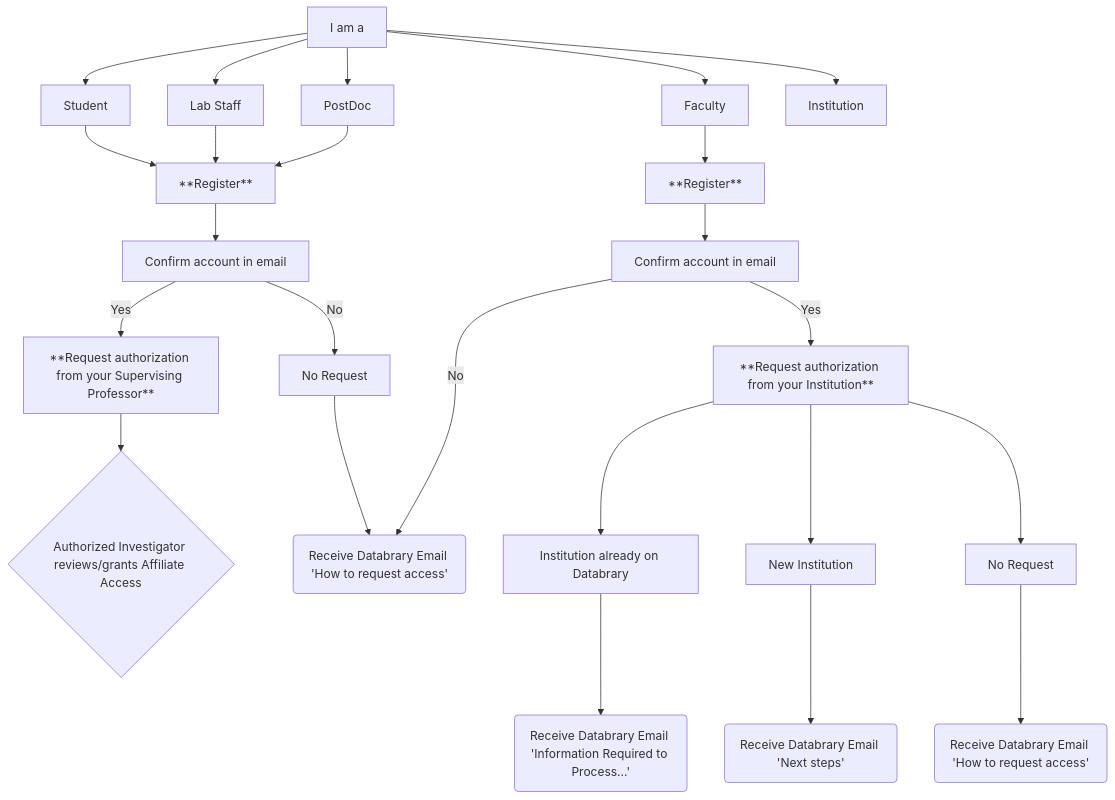
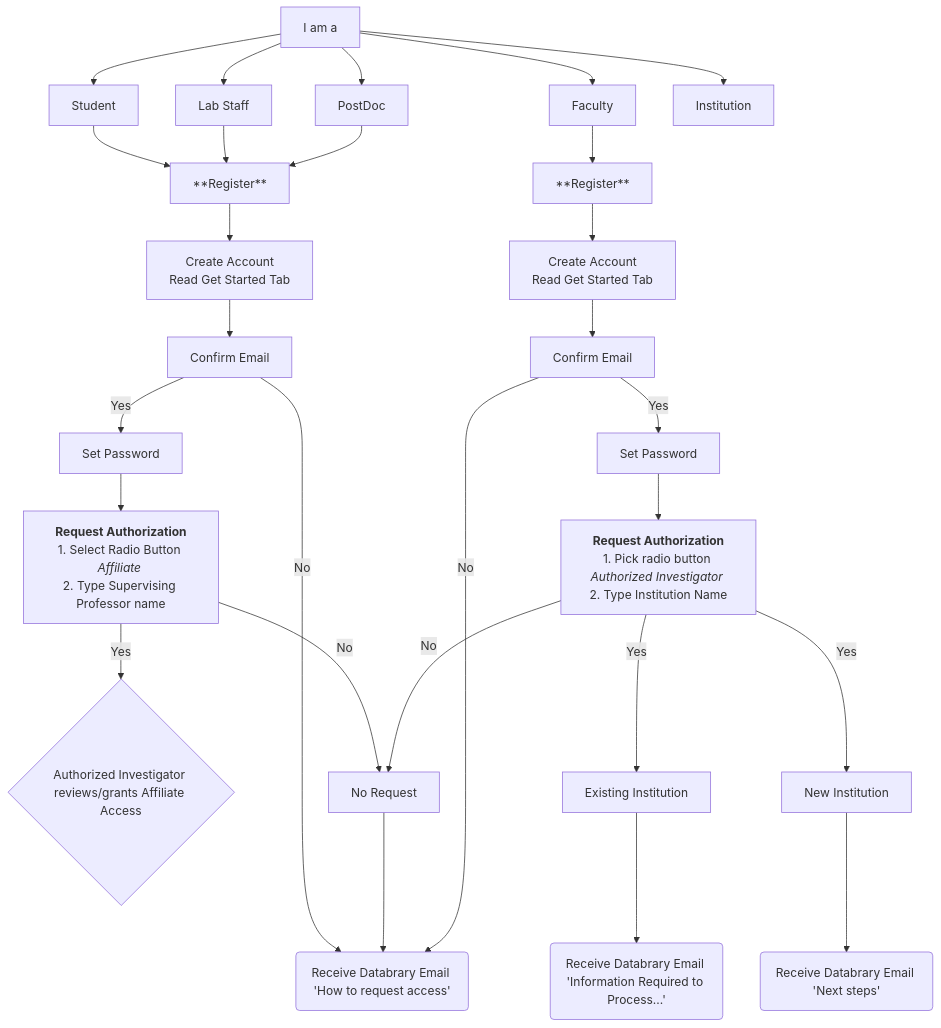
The first of 2 diagrams in src/admin/flowcharts.qmd (databrary/guide), drawn with Mermaid before and after one commit. The commit also changed other lines of this file and 1 other file, not shown here.

Commit message:
update flowchart

````diff
--- a/src/admin/flowcharts.qmd
+++ b/src/admin/flowcharts.qmd
@@ -8,26 +8,33 @@
 ```{mermaid}
 flowchart
-  A[I am a] --> B[Student] --> J[**Register**] --> L[Confirm account in email] -- Yes --> Z[**Request authorization from your Supervising Professor**] --> T{Authorized Investigator reviews/grants Affiliate Access}
+  A[I am a] --> B[Student] --> J[**Register**] --> V[Create Account
+  Read Get Started Tab] --> L[Confirm Email] -- Yes --> W[Set Password] 
+  W --> Z["`**Request Authorization**
+            1. Select Radio Button _Affiliate_ 
+            2. Type Supervising Professor name`"] -- Yes --> T{Authorized Investigator reviews/grants Affiliate Access}
   A --> C[Lab Staff] --> J 
   A --> D[PostDoc] --> J 
- L -- No --> Q[No Request] --> P(Receive Databrary Email 'How to request access')
-  
+ L -- No --> X(Receive Databrary Email 'How to request access')
+ Z -- No --> Q[No Request] --> X(Receive Databrary Email 'How to request access') 
  
-  A --> F[Faculty] --> K*[**Register**] --> M[Confirm account in email] -- Yes --> H[**Request authorization from your Institution**]   
-    H --> N[Institution already on Databrary] --> R(Receive Databrary Email 'Information Required to Process...') 
-    H --> O[New Institution] --> S(Receive Databrary Email 'Next steps')
-    H --> Y[No Request] --> X(Receive Databrary Email 'How to request access') 
-    M -- No --> P
+  A --> F[Faculty] --> K[**Register**] --> AA[Create Account
+  Read Get Started Tab] --> M[Confirm Email] -- Yes --> WW[Set Password] --> H["`**Request Authorization**
+      1. Pick radio button _Authorized Investigator_ 
+      2. Type Institution Name`"]   
+    H -- Yes --> N[Existing Institution] --> R(Receive Databrary Email 'Information Required to Process...') 
+    H -- Yes --> O[New Institution] --> S(Receive Databrary Email 'Next steps')
+    H -- No --> Q[No Request] 
+    M -- No --> X(Receive Databrary Email 'How to request access') 
 
 A --> G[Institution]
 
 
   click J "https://nyu.databrary.org/user/register" "Link to Databrary Registration Page"
  
  click Z "https://nyu.databrary.org/user/register" "Link to Databrary Registration Page"
   
   click H href "https://databrary.github.io/guide/for-investigators/requesting-access.html#registering-as-an-authorized-investigator-at-an-institution" _blank
   click Z href "https://databrary.github.io/guide/for-investigators/requesting-access.html#registering-as-an-affiliate-of-an-authorized-investigator" "Link to requesting-access.qmd"
 
 
 ```
````
